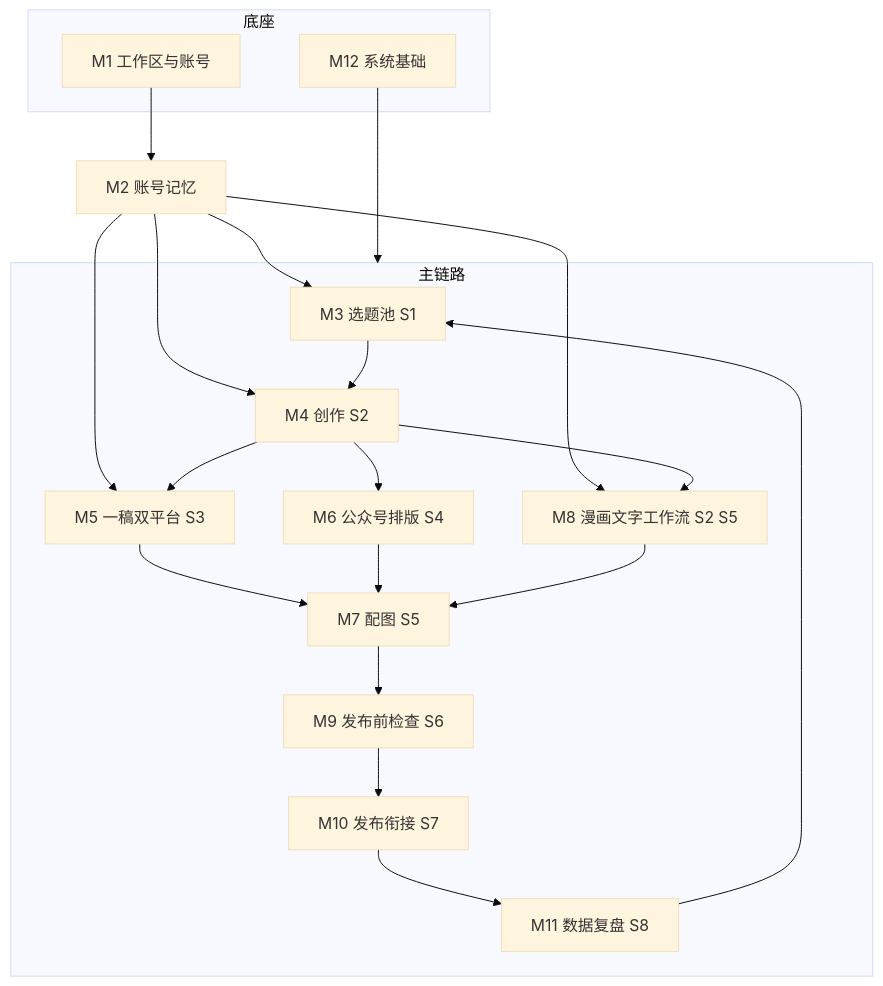
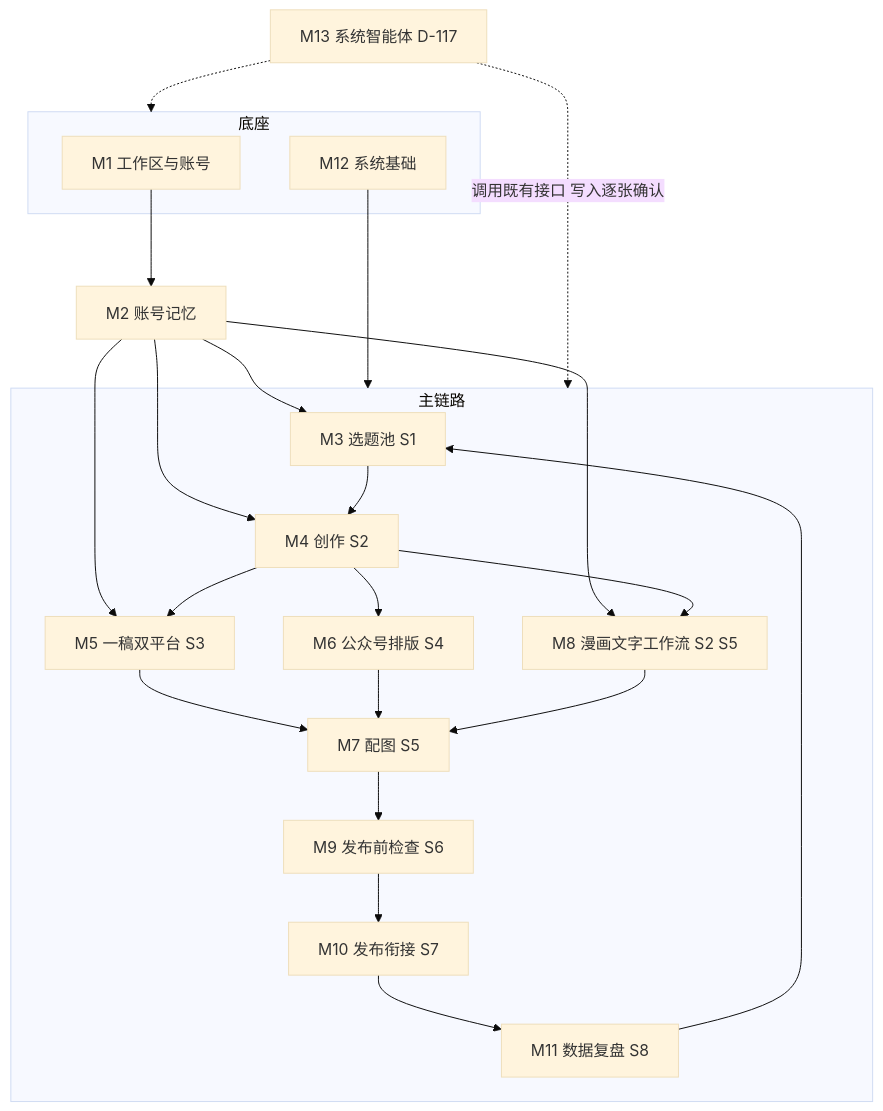
One commit to Siblingsl/ops changed the diagram in docs/04-需求与功能分级.md. Above: the diagram before and after it, drawn with Mermaid (base theme). The commit also changed other lines of this file and 70 other files, not shown here.

````diff
--- a/docs/04-需求与功能分级.md
+++ b/docs/04-需求与功能分级.md
@@ -42,36 +44,38 @@
 ```mermaid
 flowchart TB
   subgraph base [底座]
     M1["M1 工作区与账号"]
     M12["M12 系统基础"]
   end
   M2["M2 账号记忆"]
   subgraph flow [主链路]
     M3["M3 选题池 S1"]
     M4["M4 创作 S2"]
     M5["M5 一稿双平台 S3"]
     M6["M6 公众号排版 S4"]
     M7["M7 配图 S5"]
     M8["M8 漫画文字工作流 S2 S5"]
     M9["M9 发布前检查 S6"]
     M10["M10 发布衔接 S7"]
     M11["M11 数据复盘 S8"]
   end
   M1 --> M2
   M2 --> M3
   M2 --> M4
   M2 --> M5
   M2 --> M8
   M3 --> M4
   M4 --> M5
   M4 --> M6
   M4 --> M8
   M5 --> M7
   M6 --> M7
   M8 --> M7
   M7 --> M9
   M9 --> M10
   M10 --> M11
   M11 --> M3
   M12 --> flow
+  M13["M13 系统智能体 D-117"] -.->|"调用既有接口 写入逐张确认"| flow
+  M13 -.-> base
 ```
````
